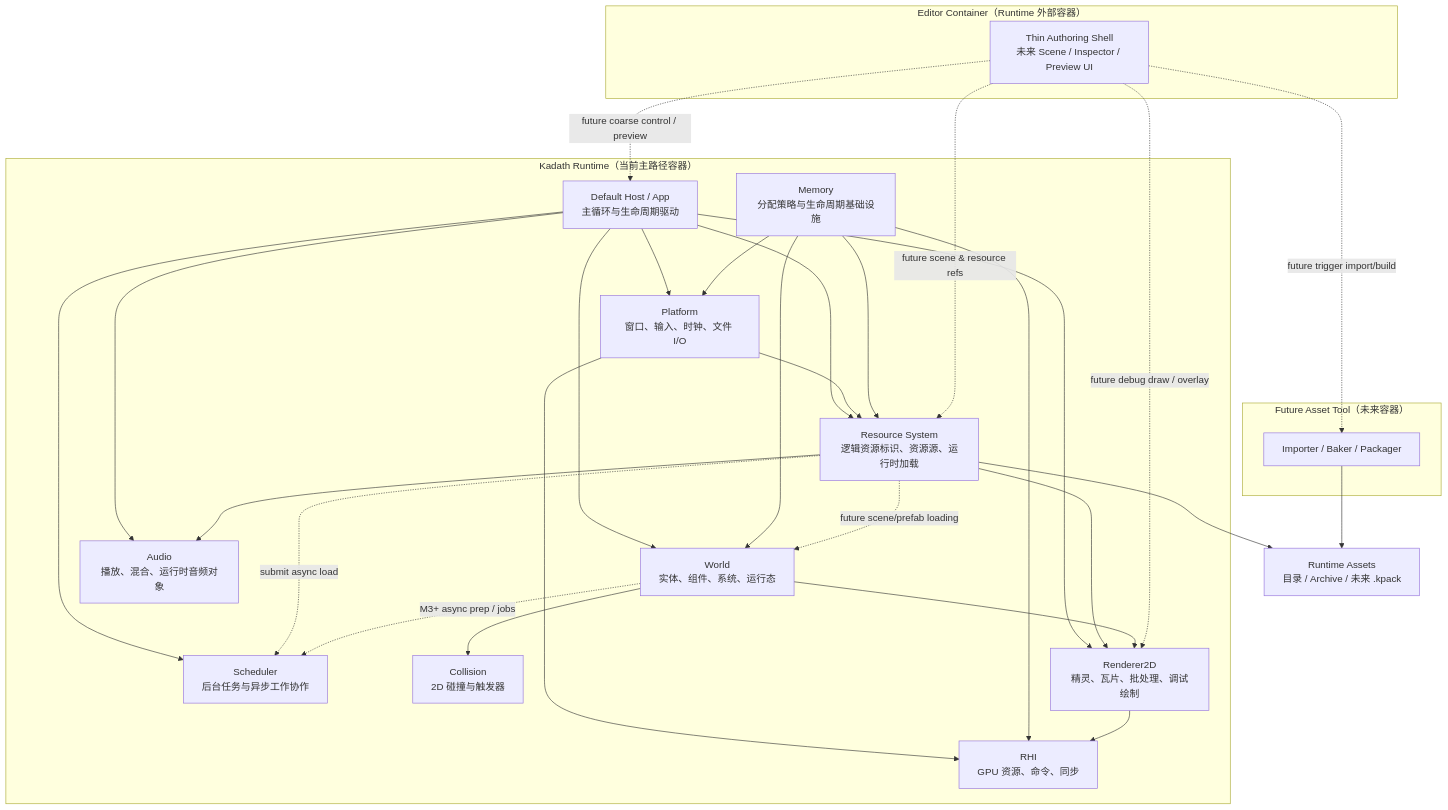
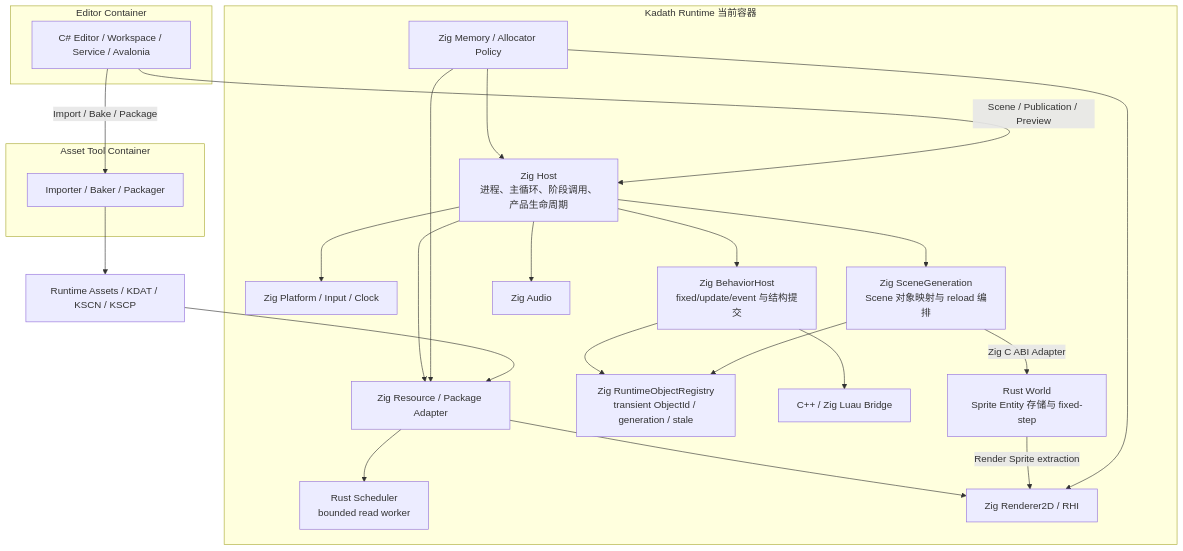
Before and after one commit to alloyzer0/Kadath: the first of 2 diagrams in docs/architecture/c4-runtime-container-and-components.md, drawn with Mermaid. The commit also changed other lines of this file and 5 other files, not shown here.

Commit message:
对账 Rust 与 Zig Runtime 所有权

````diff
--- a/docs/architecture/c4-runtime-container-and-components.md
+++ b/docs/architecture/c4-runtime-container-and-components.md
@@ -37,59 +34,47 @@
 ```mermaid
 graph TD
-    subgraph Runtime["Kadath Runtime（当前主路径容器）"]
-        Host["Default Host / App<br/>主循环与生命周期驱动"]
-        Platform["Platform<br/>窗口、输入、时钟、文件 I/O"]
-        Scheduler["Scheduler<br/>后台任务与异步工作协作"]
-        Resource["Resource System<br/>逻辑资源标识、资源源、运行时加载"]
-        World["World<br/>实体、组件、系统、运行态"]
-        Collision["Collision<br/>2D 碰撞与触发器"]
-        Audio["Audio<br/>播放、混合、运行时音频对象"]
-        Renderer2D["Renderer2D<br/>精灵、瓦片、批处理、调试绘制"]
-        RHI["RHI<br/>GPU 资源、命令、同步"]
-        Memory["Memory<br/>分配策略与生命周期基础设施"]
+    subgraph Editor["Editor Container"]
+        CSharpEditor["C# Editor / Workspace / Service / Avalonia"]
     end
 
-    subgraph Editor["Editor Container（Runtime 外部容器）"]
-        EditorUI["Thin Authoring Shell<br/>未来 Scene / Inspector / Preview UI"]
-    end
-
-    subgraph AssetTool["Future Asset Tool（未来容器）"]
+    subgraph AssetTool["Asset Tool Container"]
         ImportBake["Importer / Baker / Packager"]
     end
 
-    RuntimeAssets["Runtime Assets<br/>目录 / Archive / 未来 .kpack"]
+    subgraph Runtime["Kadath Runtime 当前容器"]
+        ZigHost["Zig Host<br/>进程、主循环、阶段调用、产品生命周期"]
+        ZigPlatform["Zig Platform / Input / Clock"]
+        ZigMemory["Zig Memory / Allocator Policy"]
+        ZigResource["Zig Resource / Package Adapter"]
+        ZigScene["Zig SceneGeneration<br/>Scene 对象映射与 reload 编排"]
+        ZigBehavior["Zig BehaviorHost<br/>fixed/update/event 与结构提交"]
+        ZigRegistry["Zig RuntimeObjectRegistry<br/>transient ObjectId / generation / stale"]
+        LuauBridge["C++ / Zig Luau Bridge"]
+        RustWorld["Rust World<br/>Sprite Entity 存储与 fixed-step"]
+        RustScheduler["Rust Scheduler<br/>bounded read worker"]
+        ZigRenderer["Zig Renderer2D / RHI"]
+        ZigAudio["Zig Audio"]
+    end
 
-    Host --> Platform
-    Host --> Scheduler
-    Host --> Resource
-    Host --> World
-    Host --> Renderer2D
-    Host --> Audio
+    RuntimeAssets["Runtime Assets / KDAT / KSCN / KSCP"]
 
-    Platform --> RHI
-    Platform --> Resource
-    Memory --> Platform
-    Memory --> Resource
-    Memory --> World
-    Memory --> RHI
-
-    Resource -.submit async load.-> Scheduler
-    World -.M3+ async prep / jobs.-> Scheduler
-
-    Resource --> RuntimeAssets
-    Resource --> Renderer2D
-    Resource --> Audio
-    Resource -.future scene/prefab loading.-> World
-
-    World --> Collision
-    World --> Renderer2D
-
-    Renderer2D --> RHI
-
-    EditorUI -.future coarse control / preview.-> Host
-    EditorUI -.future scene & resource refs.-> Resource
-    EditorUI -.future debug draw / overlay.-> Renderer2D
-
+    CSharpEditor -->|"Scene / Publication / Preview"| ZigHost
+    CSharpEditor -->|"Import / Bake / Package"| ImportBake
     ImportBake --> RuntimeAssets
-    EditorUI -.future trigger import/build.-> ImportBake
+    RuntimeAssets --> ZigResource
+    ZigHost --> ZigPlatform
+    ZigMemory --> ZigHost
+    ZigMemory --> ZigResource
+    ZigMemory --> ZigRenderer
+    ZigHost --> ZigResource
+    ZigHost --> ZigScene
+    ZigHost --> ZigBehavior
+    ZigHost --> ZigAudio
+    ZigScene --> ZigRegistry
+    ZigBehavior --> ZigRegistry
+    ZigBehavior --> LuauBridge
+    ZigScene -->|"Zig C ABI Adapter"| RustWorld
+    ZigResource --> RustScheduler
+    RustWorld -->|"Render Sprite extraction"| ZigRenderer
+    ZigResource --> ZigRenderer
 ```
````
